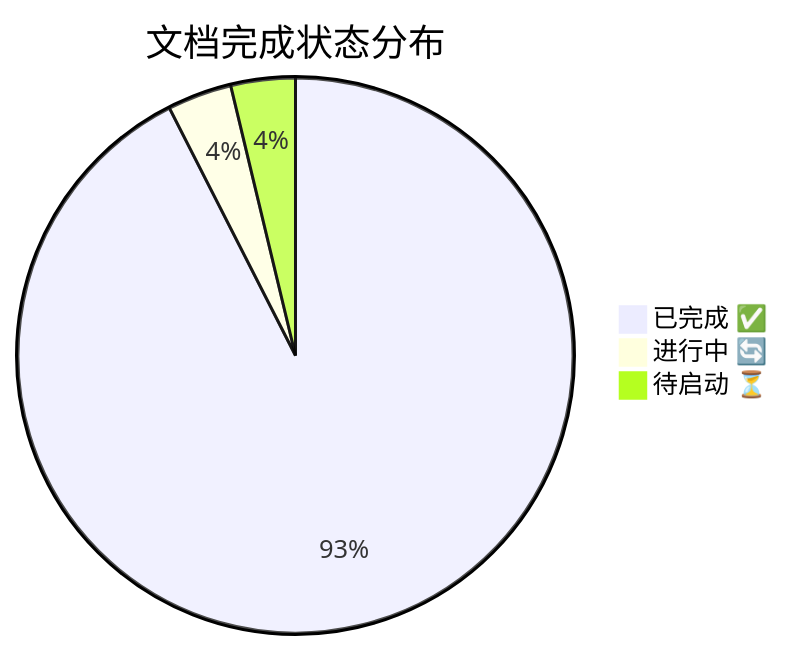
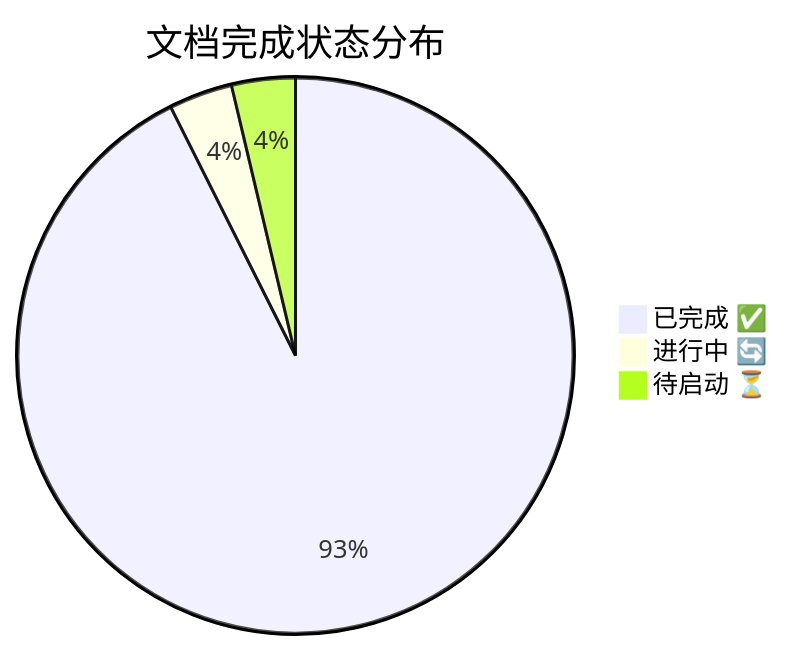
The first of 3 diagrams in framework/DASHBOARD.md (yimeng2026/TOE-SYLVA), drawn with Mermaid before and after one commit. The commit also changed other lines of this file and 5 other files, not shown here.

````diff
--- a/framework/DASHBOARD.md
+++ b/framework/DASHBOARD.md
@@ -33,6 +33,6 @@
 ```mermaid
 pie title 文档完成状态分布
-    "已完成 ✅" : 74
+    "已完成 ✅" : 75
     "进行中 🔄" : 3
     "待启动 ⏳" : 3
 ```
````
